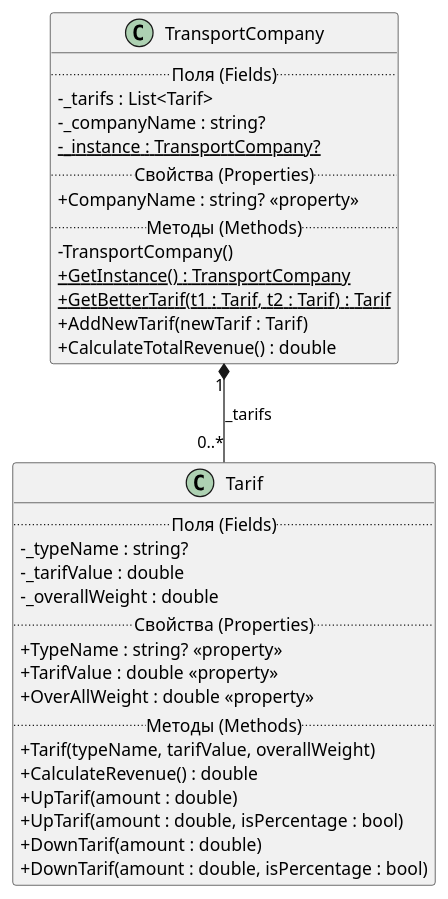
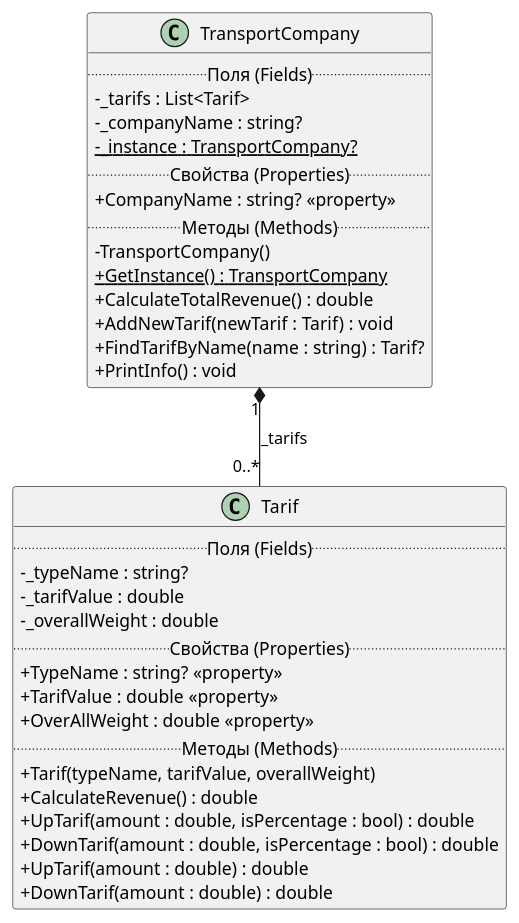
Before and after one commit to ValeryaYurh/Programming: the diagram in LR4/diagram.puml, drawn with PlantUML.

```diff
--- a/LR4/diagram.puml
+++ b/LR4/diagram.puml
@@ -1,39 +1,39 @@
 @startuml TransportSystem
 skinparam classAttributeIconSize 0
 
 class "Tarif" as Tarif {
   .. Поля (Fields) ..
   - _typeName : string?
   - _tarifValue : double
   - _overallWeight : double
   .. Свойства (Properties) ..
   + TypeName : string? <<property>>
   + TarifValue : double <<property>>
   + OverAllWeight : double <<property>>
   .. Методы (Methods) ..
   + Tarif(typeName, tarifValue, overallWeight)
   + CalculateRevenue() : double
-  + UpTarif(amount : double)
-  + UpTarif(amount : double, isPercentage : bool)
-  + DownTarif(amount : double)
-  + DownTarif(amount : double, isPercentage : bool)
+  + UpTarif(amount : double, isPercentage : bool) : double
+  + DownTarif(amount : double, isPercentage : bool) : double
+  + UpTarif(amount : double) : double
+  + DownTarif(amount : double) : double
 }
 
 class "TransportCompany" as TransportCompany {
   .. Поля (Fields) ..
   - _tarifs : List<Tarif>
   - _companyName : string?
   {static} - _instance : TransportCompany?
   .. Свойства (Properties) ..
   + CompanyName : string? <<property>>
   .. Методы (Methods) ..
   - TransportCompany()
   {static} + GetInstance() : TransportCompany
-  {static} + GetBetterTarif(t1 : Tarif, t2 : Tarif) : Tarif
-  + AddNewTarif(newTarif : Tarif)
   + CalculateTotalRevenue() : double
+  + AddNewTarif(newTarif : Tarif) : void
+  + FindTarifByName(name : string) : Tarif?
+  + PrintInfo() : void
 }
 
-' Связь один-ко-многим через список _tarifs
 TransportCompany "1" *-- "0..*" Tarif : _tarifs
 @enduml
```
